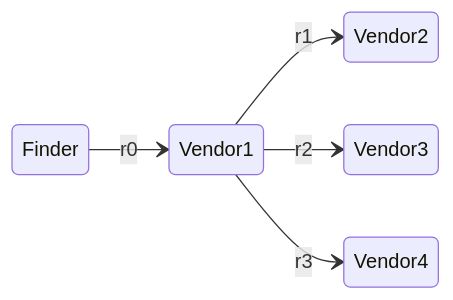
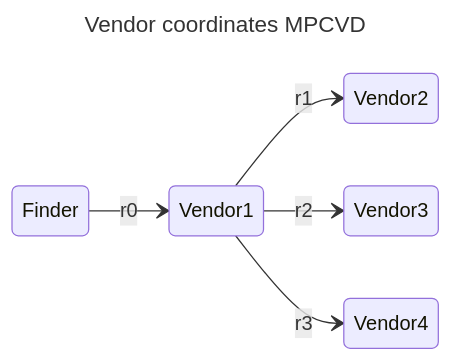
One commit to CERTCC/Vultron changed the sixth of 8 diagrams in docs/process_models/rm/rm_interactions.md. Above: the diagram before and after it, drawn with Mermaid. The commit also changed other lines of this file and 4 other files, not shown here.

Commit message:
add some diagram titles

````diff
--- a/docs/process_models/rm/rm_interactions.md
+++ b/docs/process_models/rm/rm_interactions.md
@@ -342,8 +357,11 @@
 ```mermaid
+---
+title: Vendor coordinates MPCVD
+---
 stateDiagram-v2
     direction LR
     Finder --> Vendor1: r0
     Vendor1 --> Vendor2: r1
     Vendor1 --> Vendor3: r2
     Vendor1 --> Vendor4: r3
 ```
````
